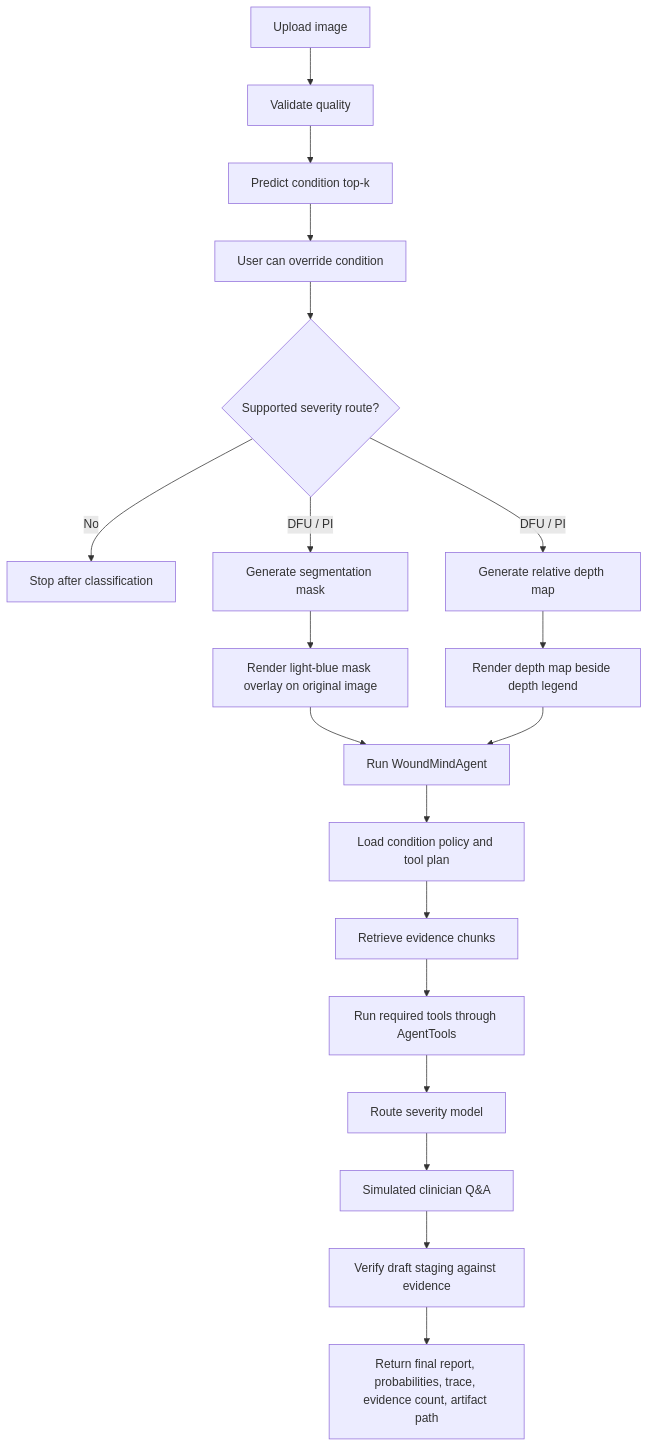
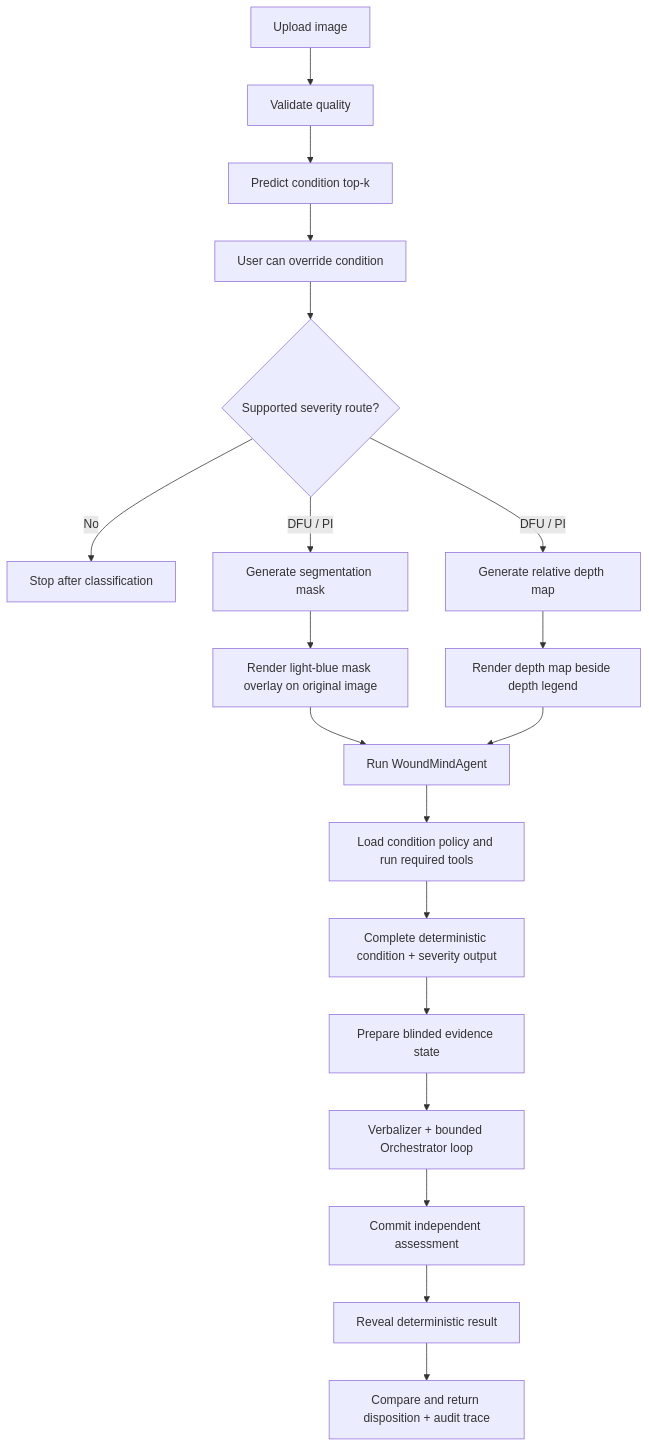
Before and after one commit to jxia622/WoundMind: the second of 2 diagrams in docs/ARCHITECTURE.md, drawn with Mermaid. The commit also changed other lines of this file and 38 other files, not shown here.

````diff
--- a/docs/ARCHITECTURE.md
+++ b/docs/ARCHITECTURE.md
@@ -31,21 +31,21 @@
 ```mermaid
 flowchart TB
     A["Upload image"] --> B["Validate quality"]
     B --> C["Predict condition top-k"]
     C --> D["User can override condition"]
     D --> E{"Supported severity route?"}
     E -- "No" --> F["Stop after classification"]
     E -- "DFU / PI" --> G["Generate segmentation mask"]
     G --> H["Render light-blue mask overlay on original image"]
     E -- "DFU / PI" --> I["Generate relative depth map"]
     I --> J["Render depth map beside depth legend"]
     H --> K["Run WoundMindAgent"]
     J --> K
-    K --> L["Load condition policy and tool plan"]
-    L --> M["Retrieve evidence chunks"]
-    M --> N["Run required tools through AgentTools"]
-    N --> O["Route severity model"]
-    O --> P["Simulated clinician Q&A"]
-    P --> Q["Verify draft staging against evidence"]
-    Q --> R["Return final report, probabilities, trace, evidence count, artifact path"]
+    K --> L["Load condition policy and run required tools"]
+    L --> M["Complete deterministic condition + severity output"]
+    M --> N["Prepare blinded evidence state"]
+    N --> O["Verbalizer + bounded Orchestrator loop"]
+    O --> P["Commit independent assessment"]
+    P --> Q["Reveal deterministic result"]
+    Q --> R["Compare and return disposition + audit trace"]
 ```
````
